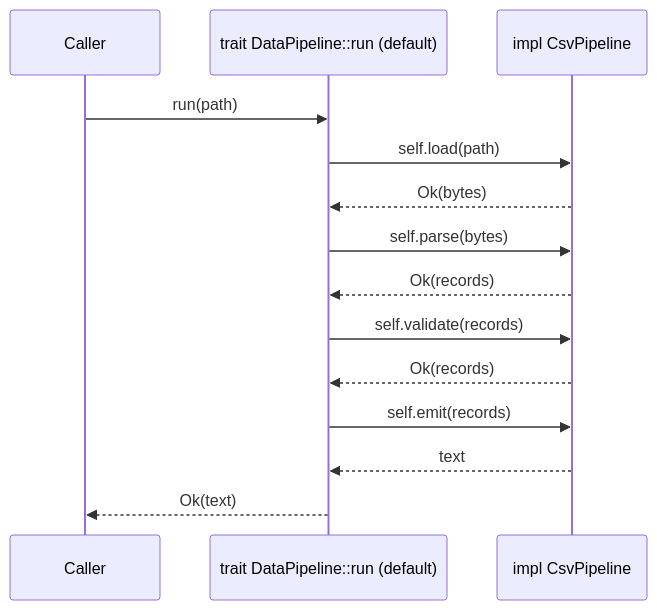
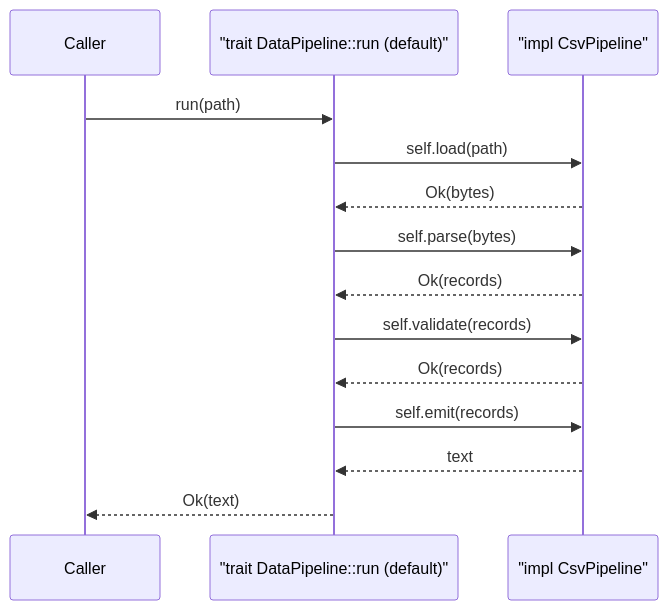
The diagram in patterns/gof-behavioral/template-method/diagrams/flow.mmd (rajeshpillai/rust-patterns), drawn with Mermaid before and after one commit. The commit also changed 16 other files, not shown here.

```diff
--- a/patterns/gof-behavioral/template-method/diagrams/flow.mmd
+++ b/patterns/gof-behavioral/template-method/diagrams/flow.mmd
@@ -1,17 +1,17 @@
 %% run() is the template. Its body calls the abstract steps in order;
 %% each impl supplies the bodies of those steps.
 sequenceDiagram
     participant Caller
-    participant T as trait DataPipeline::run (default)
-    participant I as impl CsvPipeline
+    participant T as "trait DataPipeline::run (default)"
+    participant I as "impl CsvPipeline"
 
     Caller->>T: run(path)
     T->>I: self.load(path)
     I-->>T: Ok(bytes)
     T->>I: self.parse(bytes)
     I-->>T: Ok(records)
     T->>I: self.validate(records)
     I-->>T: Ok(records)
     T->>I: self.emit(records)
     I-->>T: text
     T-->>Caller: Ok(text)
```
